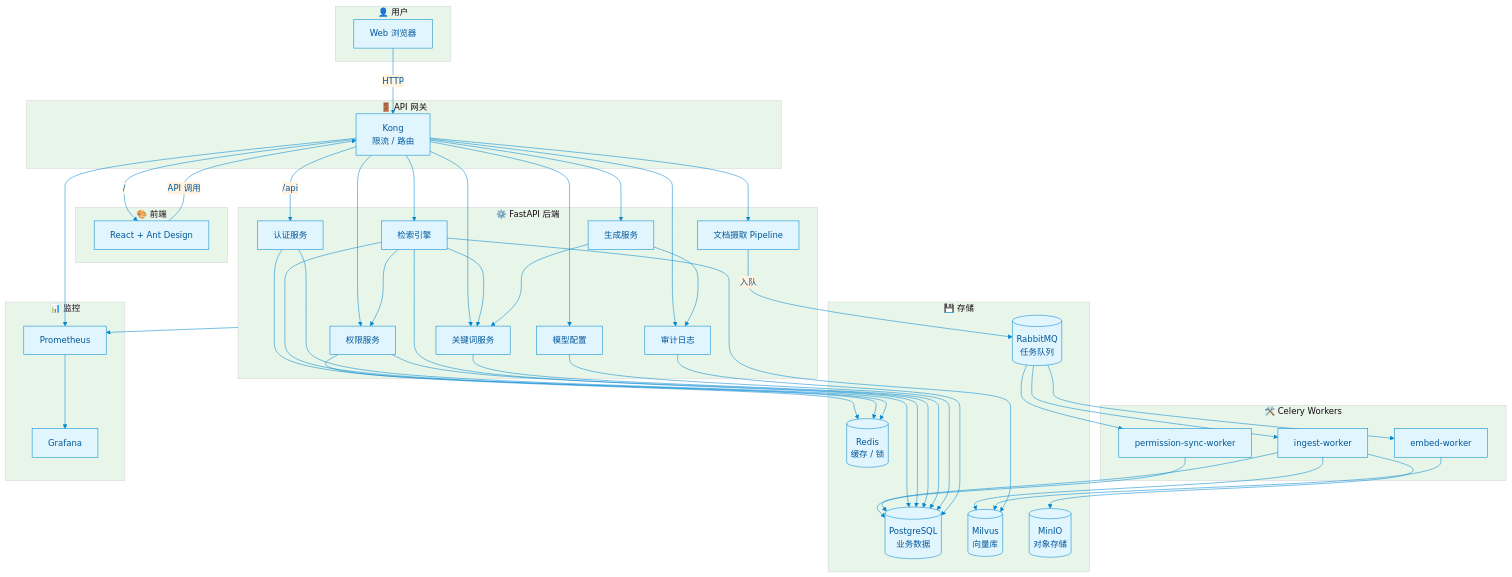
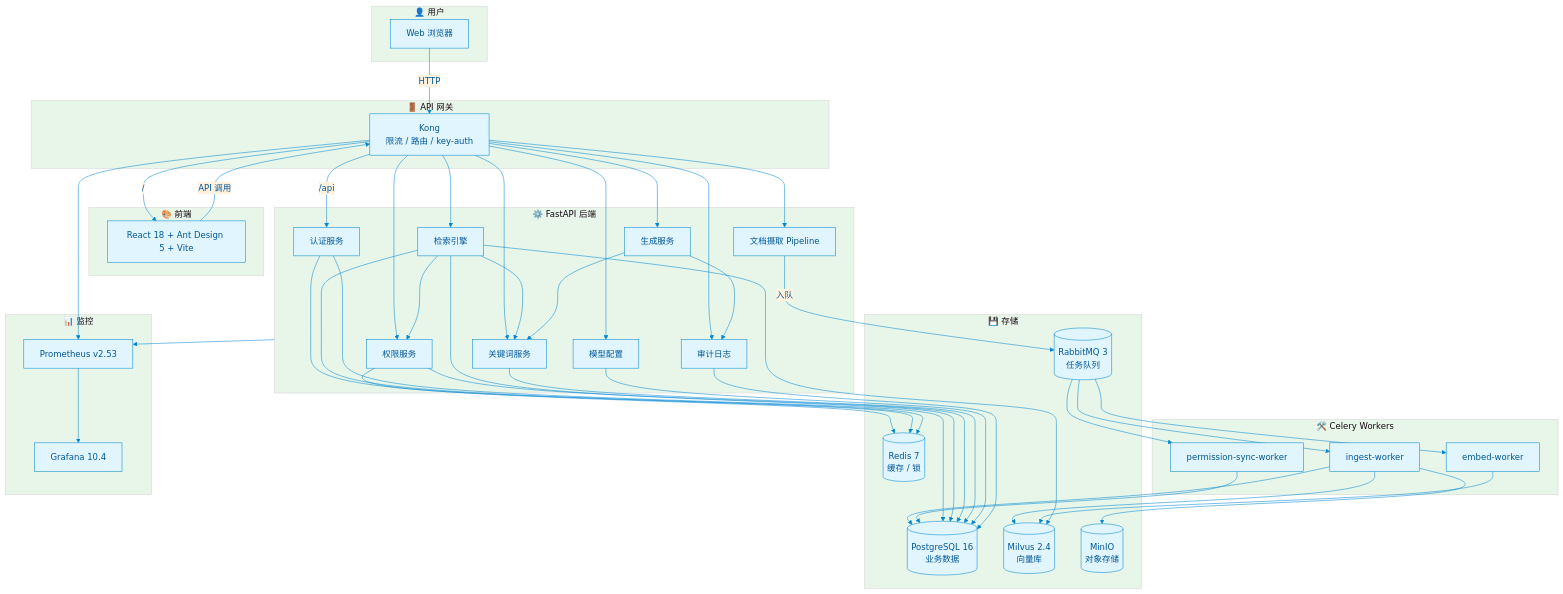
Before and after one commit to renvvvvv/RFC-rag-for-company-: the diagram in README.md, drawn with Mermaid. The commit also changed other lines of this file and 55 other files, not shown here.

First line of the commit message:
feat(k8s): add Helm Chart deployment and dual Docker/Kubernetes support

```diff
--- a/README.md
+++ b/README.md
@@ -93,11 +105,11 @@
     end
 
     subgraph Gateway["🚪 API 网关"]
-        Kong["Kong<br/>限流 / 路由"]
+        Kong["Kong<br/>限流 / 路由 / key-auth"]
     end
 
     subgraph Frontend["🎨 前端"]
-        React["React + Ant Design"]
+        React["React 18 + Ant Design 5 + Vite"]
     end
 
     subgraph Backend["⚙️ FastAPI 后端"]
@@ -118,16 +130,16 @@
     end
 
     subgraph Storage["💾 存储"]
-        Postgres[("PostgreSQL<br/>业务数据")]
-        Redis[("Redis<br/>缓存 / 锁")]
-        RabbitMQ[("RabbitMQ<br/>任务队列")]
-        Milvus[("Milvus<br/>向量库")]
+        Postgres[("PostgreSQL 16<br/>业务数据")]
+        Redis[("Redis 7<br/>缓存 / 锁")]
+        RabbitMQ[("RabbitMQ 3<br/>任务队列")]
+        Milvus[("Milvus 2.4<br/>向量库")]
         MinIO[("MinIO<br/>对象存储")]
     end
 
     subgraph Monitoring["📊 监控"]
-        Prometheus["Prometheus"]
-        Grafana["Grafana"]
+        Prometheus["Prometheus v2.53"]
+        Grafana["Grafana 10.4"]
     end
 
     Browser -->|HTTP| Kong
```
